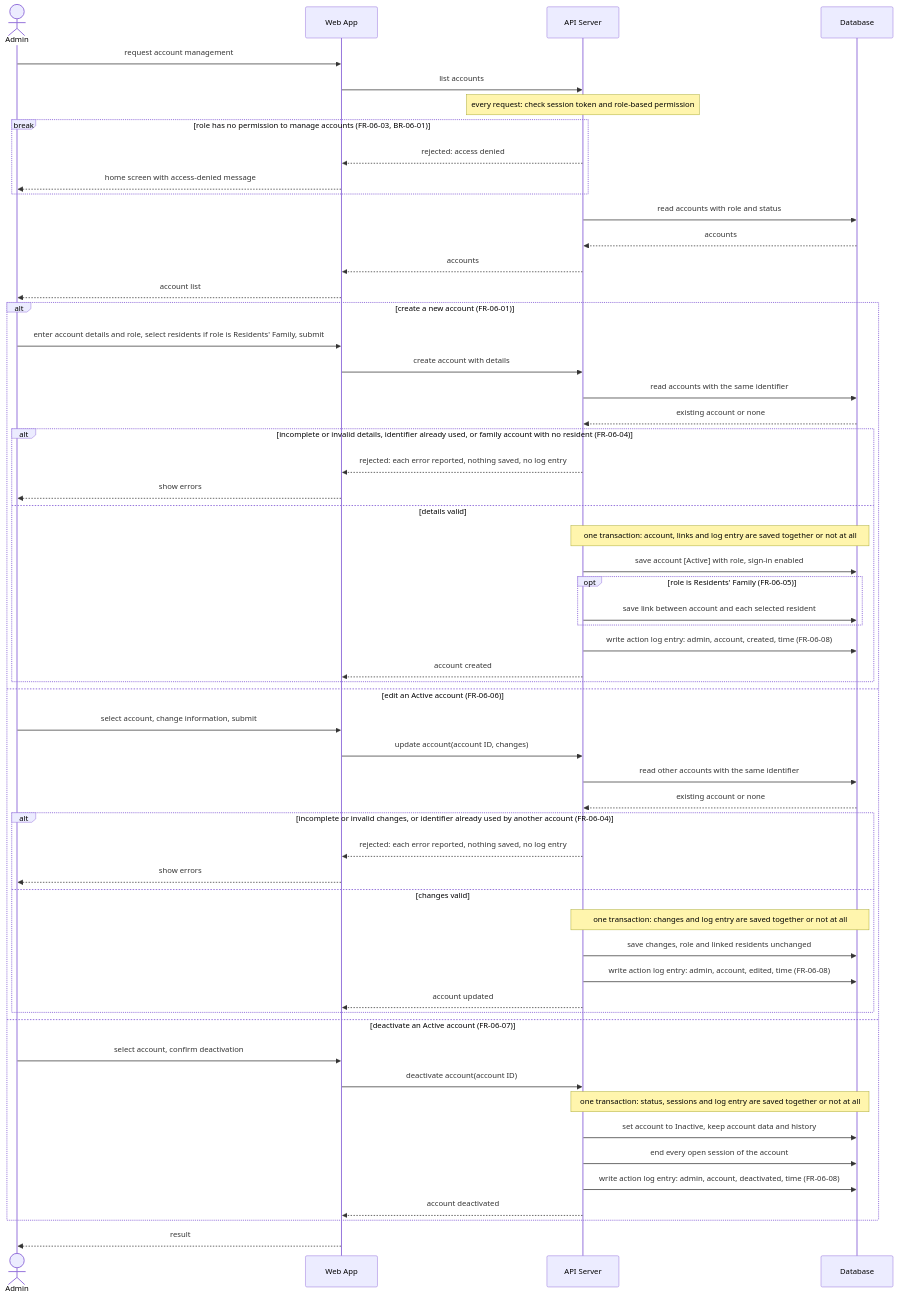
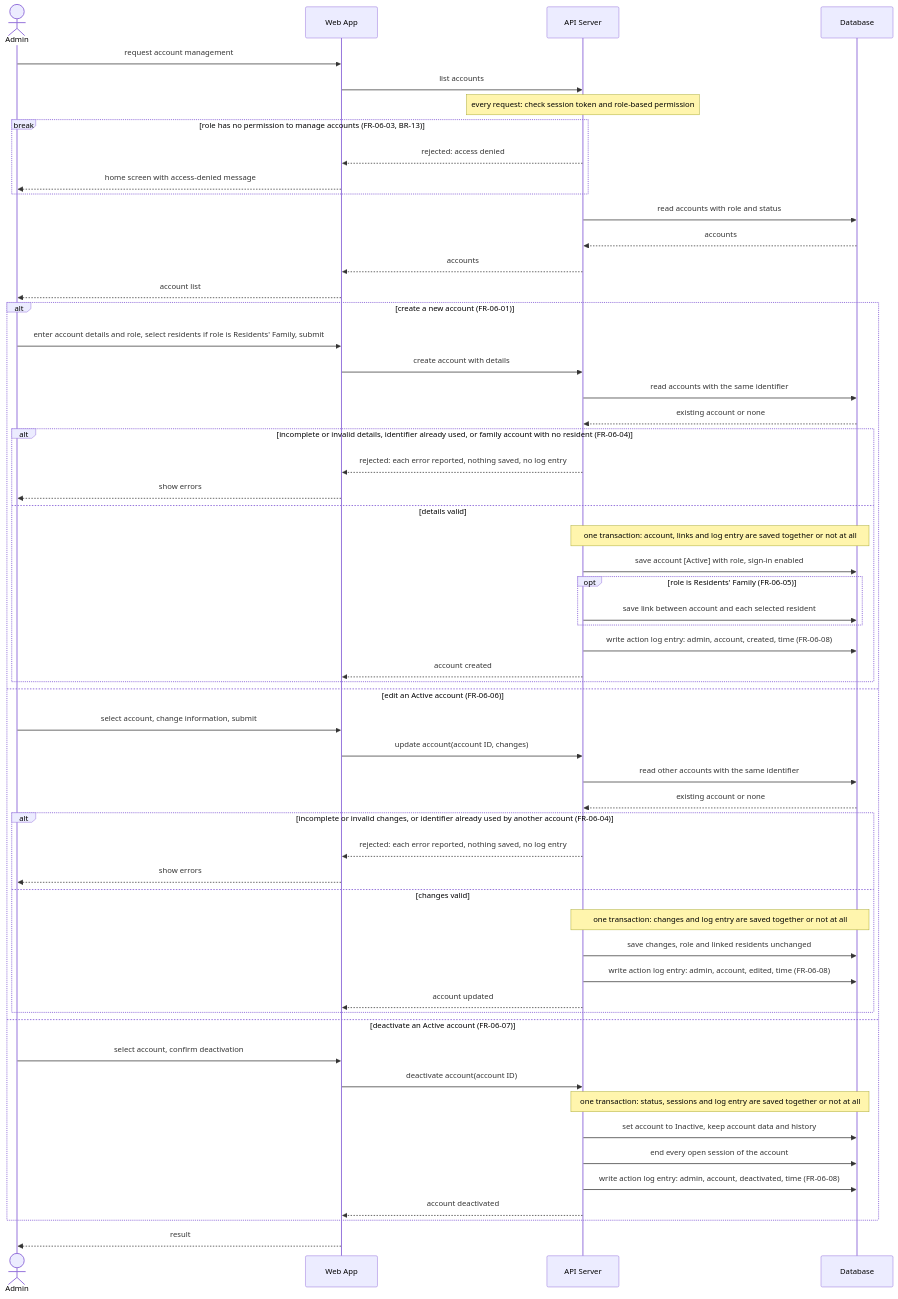
The diagram in docs/use-case/SD-UC-11.md (hatrang191/Dbiz2-GroupE-DienHongSystem), drawn with Mermaid before and after one commit.

Commit message:
Update permission reference in account management use case

````diff
--- a/docs/use-case/SD-UC-11.md
+++ b/docs/use-case/SD-UC-11.md
@@ -12,59 +12,59 @@
 ```mermaid
 sequenceDiagram
   actor A as Admin
   participant W as Web App
   participant S as API Server
   participant D as Database
   A->>W: request account management
   W->>S: list accounts
   Note over S: every request: check session token and role-based permission
-  break role has no permission to manage accounts (FR-06-03, BR-06-01)
+  break role has no permission to manage accounts (FR-06-03, BR-13)
     S-->>W: rejected: access denied
     W-->>A: home screen with access-denied message
   end
   S->>D: read accounts with role and status
   D-->>S: accounts
   S-->>W: accounts
   W-->>A: account list
   alt create a new account (FR-06-01)
     A->>W: enter account details and role, select residents if role is Residents' Family, submit
     W->>S: create account with details
     S->>D: read accounts with the same identifier
     D-->>S: existing account or none
     alt incomplete or invalid details, identifier already used, or family account with no resident (FR-06-04)
       S-->>W: rejected: each error reported, nothing saved, no log entry
       W-->>A: show errors
     else details valid
       Note over S,D: one transaction: account, links and log entry are saved together or not at all
       S->>D: save account [Active] with role, sign-in enabled
       opt role is Residents' Family (FR-06-05)
         S->>D: save link between account and each selected resident
       end
       S->>D: write action log entry: admin, account, created, time (FR-06-08)
       S-->>W: account created
     end
   else edit an Active account (FR-06-06)
     A->>W: select account, change information, submit
     W->>S: update account(account ID, changes)
     S->>D: read other accounts with the same identifier
     D-->>S: existing account or none
     alt incomplete or invalid changes, or identifier already used by another account (FR-06-04)
       S-->>W: rejected: each error reported, nothing saved, no log entry
       W-->>A: show errors
     else changes valid
       Note over S,D: one transaction: changes and log entry are saved together or not at all
       S->>D: save changes, role and linked residents unchanged
       S->>D: write action log entry: admin, account, edited, time (FR-06-08)
       S-->>W: account updated
     end
   else deactivate an Active account (FR-06-07)
     A->>W: select account, confirm deactivation
     W->>S: deactivate account(account ID)
     Note over S,D: one transaction: status, sessions and log entry are saved together or not at all
     S->>D: set account to Inactive, keep account data and history
     S->>D: end every open session of the account
     S->>D: write action log entry: admin, account, deactivated, time (FR-06-08)
     S-->>W: account deactivated
   end
   W-->>A: result
 ```
````
